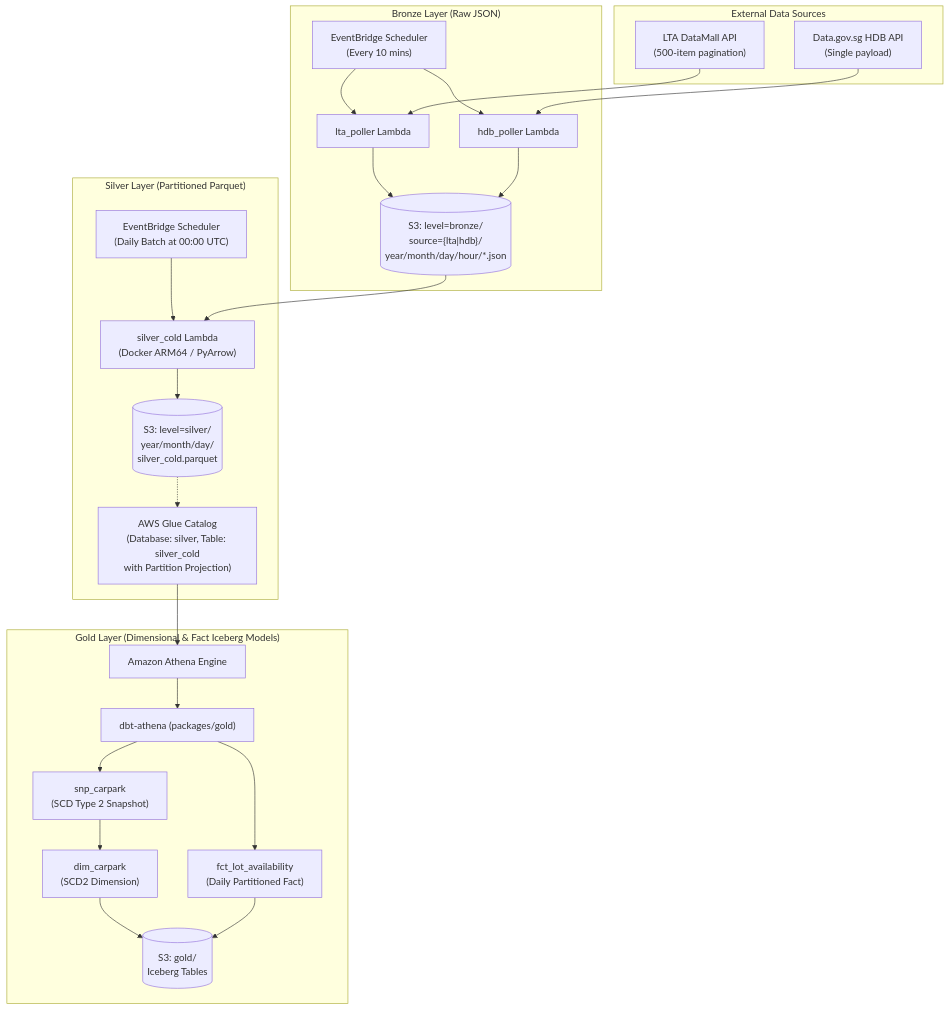
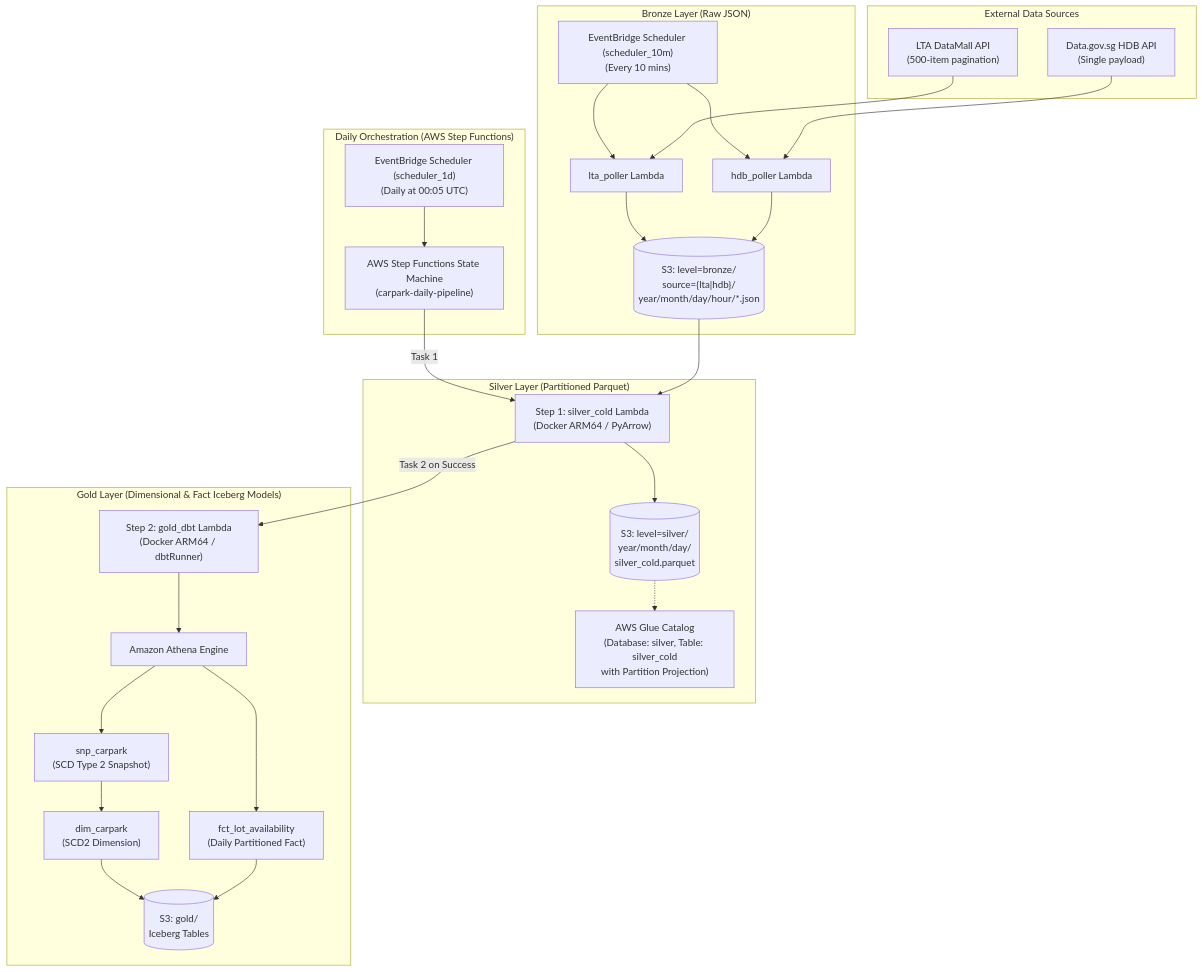
The diagram in docs/overview.md (ShengHaozz/Carpark-Availabilities-Data), drawn with Mermaid before and after one commit. The commit also changed other lines of this file and 2 other files, not shown here.

Commit message:
docs: update architecture and layer guides for Step Functions and gold dbt container

````diff
--- a/docs/overview.md
+++ b/docs/overview.md
@@ -11,46 +11,52 @@
 ```mermaid
 flowchart TD
     subgraph Sources ["External Data Sources"]
         LTA["LTA DataMall API\n(500-item pagination)"]
         HDB["Data.gov.sg HDB API\n(Single payload)"]
     end
 
     subgraph Bronze ["Bronze Layer (Raw JSON)"]
-        EB_Bronze["EventBridge Scheduler\n(Every 10 mins)"]
+        EB_Bronze["EventBridge Scheduler (scheduler_10m)\n(Every 10 mins)"]
         Lambda_LTA["lta_poller Lambda"]
         Lambda_HDB["hdb_poller Lambda"]
         S3_Bronze[("S3: level=bronze/\nsource={lta|hdb}/\nyear/month/day/hour/*.json")]
         
         EB_Bronze --> Lambda_LTA & Lambda_HDB
         LTA --> Lambda_LTA
         HDB --> Lambda_HDB
         Lambda_LTA & Lambda_HDB --> S3_Bronze
     end
 
+    subgraph DailyOrchestration ["Daily Orchestration (AWS Step Functions)"]
+        EB_Silver["EventBridge Scheduler (scheduler_1d)\n(Daily at 00:05 UTC)"]
+        SFN["AWS Step Functions State Machine\n(carpark-daily-pipeline)"]
+        
+        EB_Silver --> SFN
+    end
+
     subgraph Silver ["Silver Layer (Partitioned Parquet)"]
-        EB_Silver["EventBridge Scheduler\n(Daily Batch at 00:00 UTC)"]
-        Lambda_Silver["silver_cold Lambda\n(Docker ARM64 / PyArrow)"]
+        Lambda_Silver["Step 1: silver_cold Lambda\n(Docker ARM64 / PyArrow)"]
         S3_Silver[("S3: level=silver/\nyear/month/day/\nsilver_cold.parquet")]
         Glue_Silver["AWS Glue Catalog\n(Database: silver, Table: silver_cold\nwith Partition Projection)"]
 
-        EB_Silver --> Lambda_Silver
+        SFN -->|Task 1| Lambda_Silver
         S3_Bronze --> Lambda_Silver
         Lambda_Silver --> S3_Silver
         S3_Silver -.-> Glue_Silver
     end
 
     subgraph Gold ["Gold Layer (Dimensional & Fact Iceberg Models)"]
+        Lambda_Gold["Step 2: gold_dbt Lambda\n(Docker ARM64 / dbtRunner)"]
         Athena["Amazon Athena Engine"]
-        DBT["dbt-athena (packages/gold)"]
         Snapshots["snp_carpark\n(SCD Type 2 Snapshot)"]
         DimCarpark["dim_carpark\n(SCD2 Dimension)"]
         FctAvailability["fct_lot_availability\n(Daily Partitioned Fact)"]
         S3_Gold[("S3: gold/\nIceberg Tables")]
 
-        Glue_Silver --> Athena
-        Athena --> DBT
-        DBT --> Snapshots --> DimCarpark
-        DBT --> FctAvailability
+        Lambda_Silver -->|Task 2 on Success| Lambda_Gold
+        Lambda_Gold --> Athena
+        Athena --> Snapshots --> DimCarpark
+        Athena --> FctAvailability
         DimCarpark & FctAvailability --> S3_Gold
     end
 ```
````
